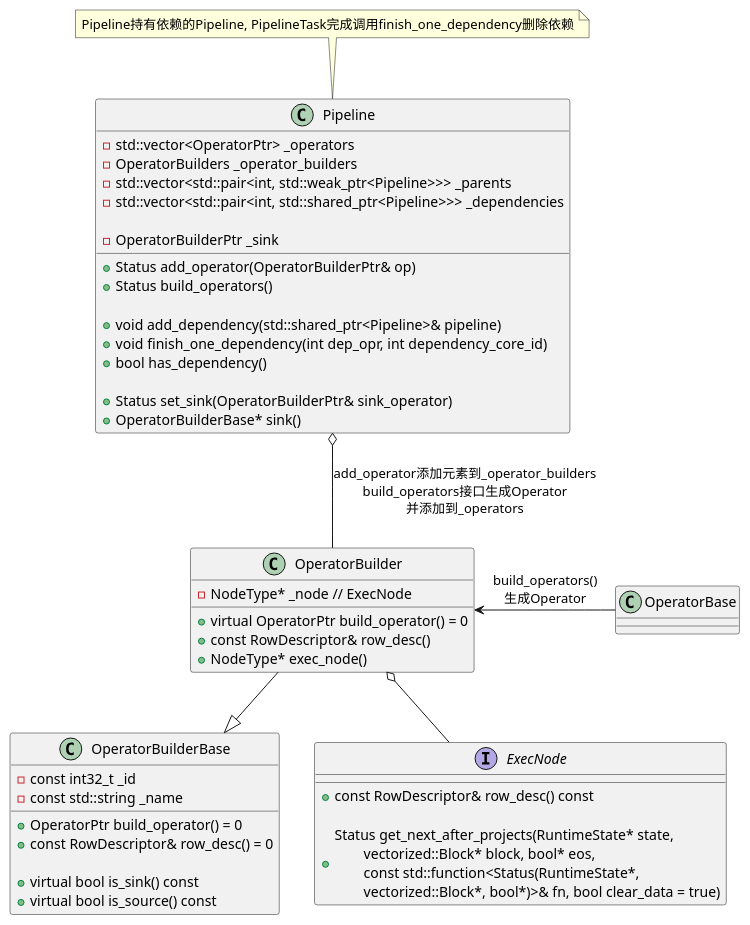
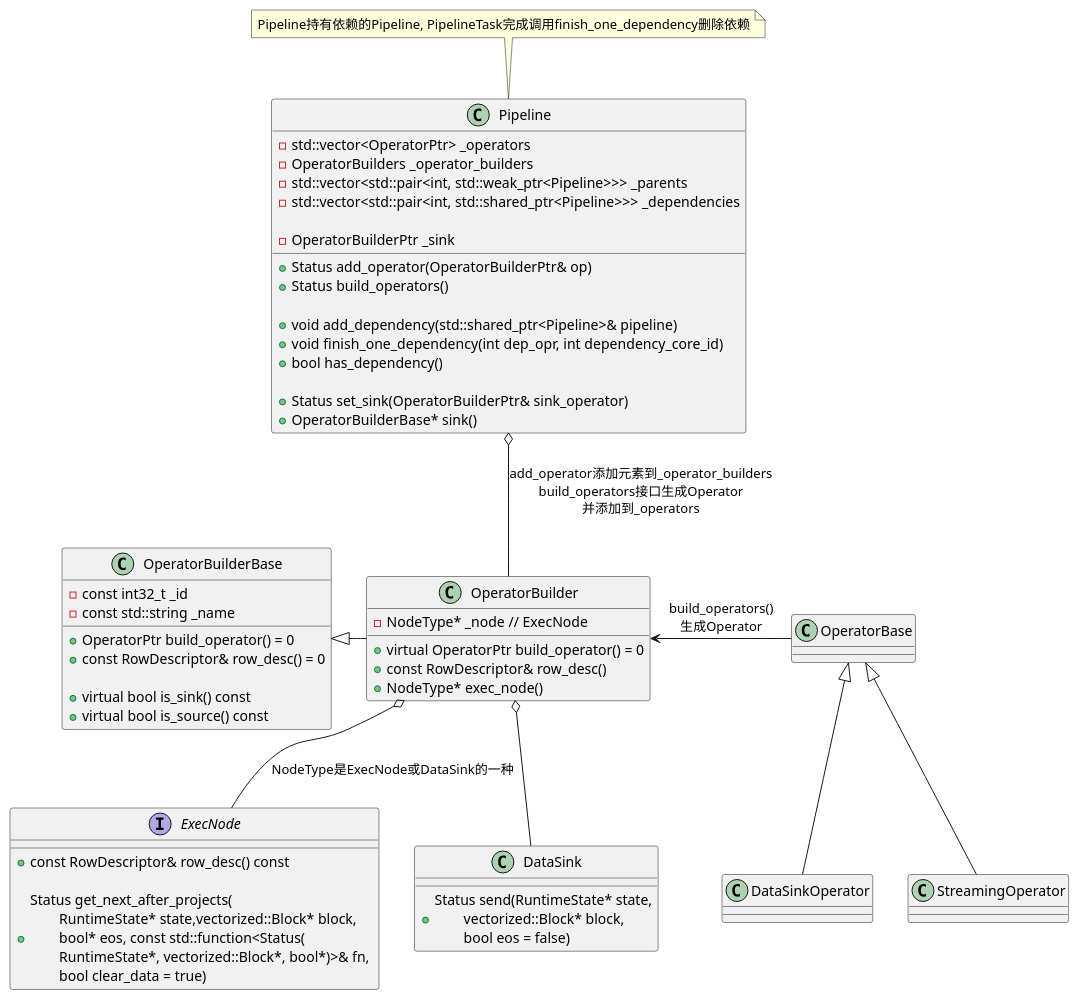
Before and after one commit to DepInjoy/geektime: the fourth of 8 diagrams in doc/DB/Doris/SourceRead/11_01_Exec_Pipeline_Execution.md, drawn with PlantUML. The commit also changed other lines of this file and 1 other file, not shown here.

````diff
--- a/doc/DB/Doris/SourceRead/11_01_Exec_Pipeline_Execution.md
+++ b/doc/DB/Doris/SourceRead/11_01_Exec_Pipeline_Execution.md
@@ -283,53 +295,61 @@
 ```plantuml
 @startuml
 class Pipeline {
     - std::vector<OperatorPtr> _operators
     - OperatorBuilders _operator_builders
     - std::vector<std::pair<int, std::weak_ptr<Pipeline>>> _parents
     - std::vector<std::pair<int, std::shared_ptr<Pipeline>>> _dependencies
 
     - OperatorBuilderPtr _sink
 
     + Status add_operator(OperatorBuilderPtr& op)
     + Status build_operators()
 
     + void add_dependency(std::shared_ptr<Pipeline>& pipeline)
     + void finish_one_dependency(int dep_opr, int dependency_core_id)
     + bool has_dependency()
 
     + Status set_sink(OperatorBuilderPtr& sink_operator)
     + OperatorBuilderBase* sink()
 }
 note top : Pipeline持有依赖的Pipeline, PipelineTask完成调用finish_one_dependency删除依赖
 
 class OperatorBuilderBase {
     - const int32_t _id
     - const std::string _name
 
     + OperatorPtr build_operator() = 0
     + const RowDescriptor& row_desc() = 0
 
     + virtual bool is_sink() const
     + virtual bool is_source() const
 }
 
 class OperatorBuilder {
     - NodeType* _node // ExecNode
     + virtual OperatorPtr build_operator() = 0
     + const RowDescriptor& row_desc()
     + NodeType* exec_node()
 }
 
 interface ExecNode {
     + const RowDescriptor& row_desc() const
 
-    + Status get_next_after_projects(RuntimeState* state,\n\tvectorized::Block* block, bool* eos,\n\tconst std::function<Status(RuntimeState*, \n\tvectorized::Block*, bool*)>& fn, bool clear_data = true)
+    + Status get_next_after_projects(\n\tRuntimeState* state,vectorized::Block* block, \n\tbool* eos, const std::function<Status(\n\tRuntimeState*, vectorized::Block*, bool*)>& fn, \n\tbool clear_data = true)
+}
+
+class DataSink {
+    + Status send(RuntimeState* state,\n\tvectorized::Block* block,\n\tbool eos = false)
 }
 
 OperatorBuilder -up-o Pipeline : add_operator添加元素到_operator_builders\nbuild_operators接口生成Operator\n并添加到_operators
 OperatorBase -left-> OperatorBuilder : build_operators()\n生成Operator
 
-OperatorBuilder -down-|> OperatorBuilderBase
-ExecNode -up-o OperatorBuilder
+OperatorBuilder -left-|> OperatorBuilderBase
+ExecNode -up-o OperatorBuilder : NodeType是ExecNode或DataSink的一种
+DataSink -up-o OperatorBuilder
+
+DataSinkOperator -up-|> OperatorBase
+StreamingOperator -up-|> OperatorBase
 @enduml
 ```
````
